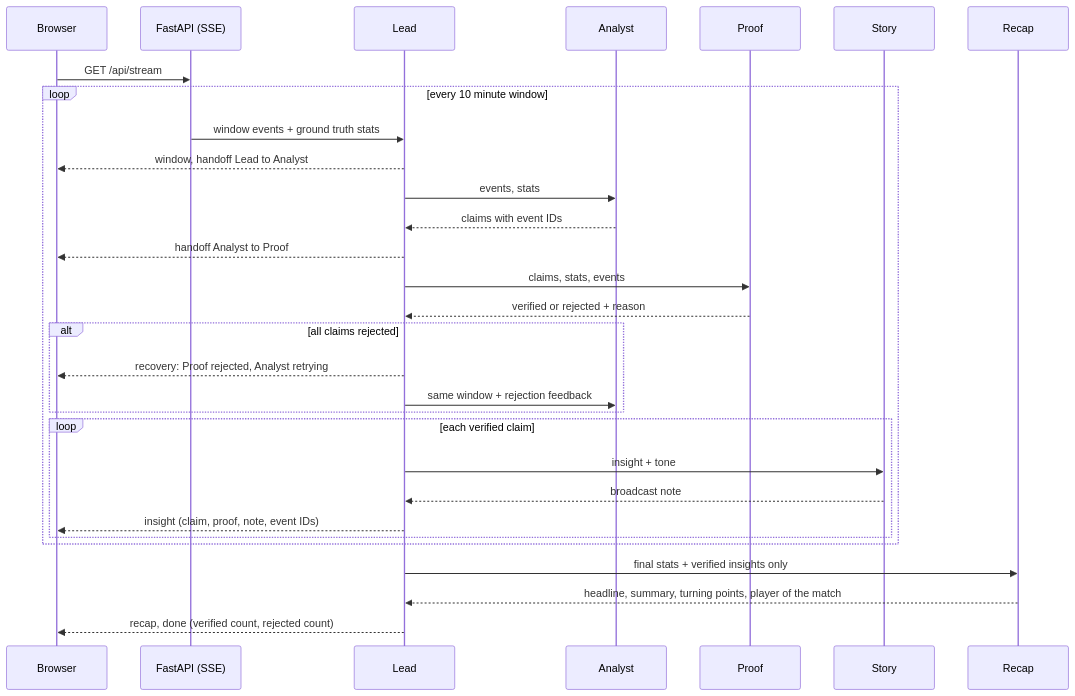
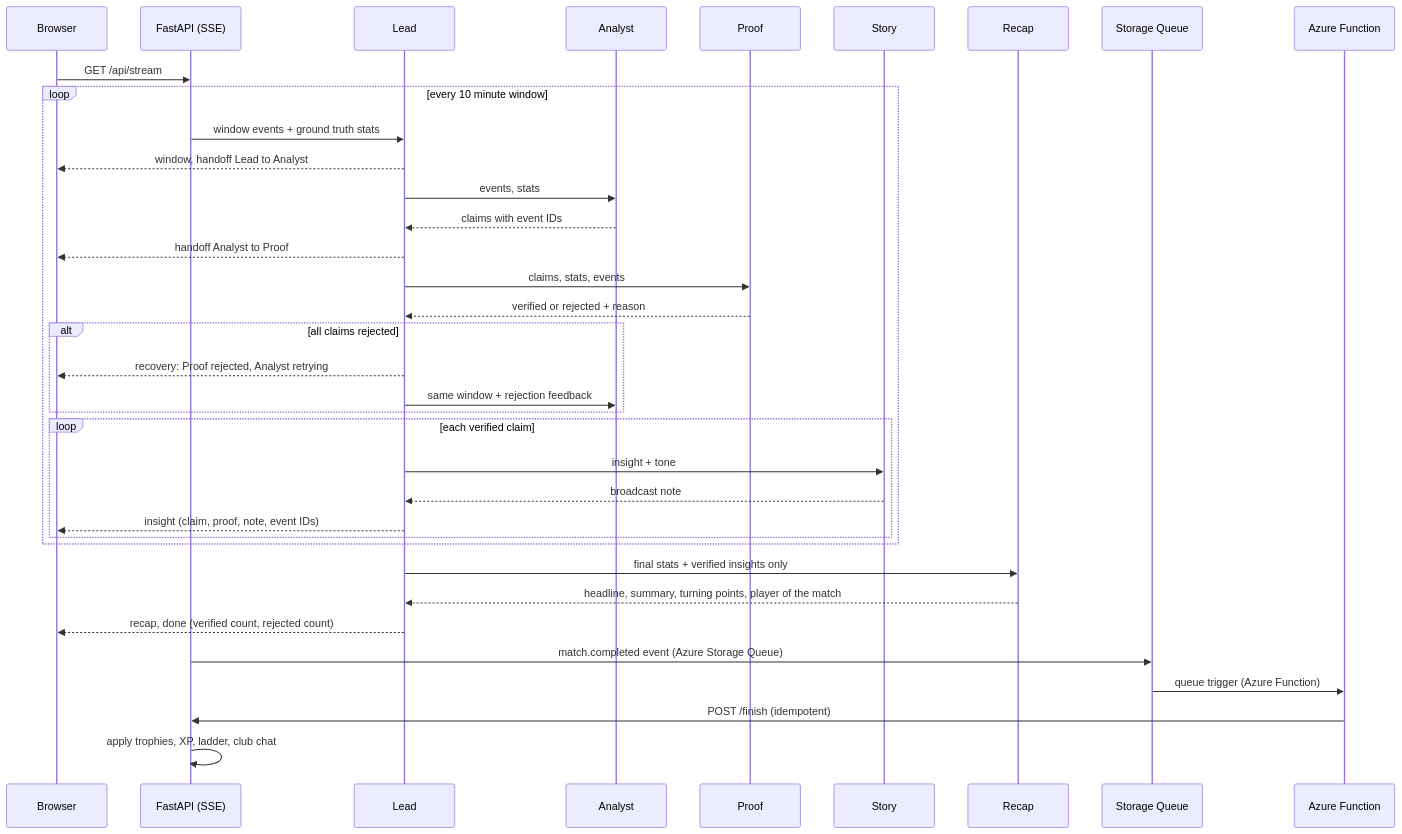
One commit to Prasannaverse13/Pitchmind changed the second of 2 diagrams in README.md. Above: the diagram before and after it, drawn with Mermaid. The commit also changed other lines of this file and 15 other files, not shown here.

Commit message:
Add Application Insights, event driven settlement and Azure Function

````diff
--- a/README.md
+++ b/README.md
@@ -105,33 +118,39 @@
 ```mermaid
 sequenceDiagram
     participant UI as Browser
     participant API as FastAPI (SSE)
     participant L as Lead
     participant A as Analyst
     participant P as Proof
     participant S as Story
     participant R as Recap
+    participant Q as Storage Queue
+    participant F as Azure Function
 
     UI->>API: GET /api/stream
     loop every 10 minute window
         API->>L: window events + ground truth stats
         L-->>UI: window, handoff Lead to Analyst
         L->>A: events, stats
         A-->>L: claims with event IDs
         L-->>UI: handoff Analyst to Proof
         L->>P: claims, stats, events
         P-->>L: verified or rejected + reason
         alt all claims rejected
             L-->>UI: recovery: Proof rejected, Analyst retrying
             L->>A: same window + rejection feedback
         end
         loop each verified claim
             L->>S: insight + tone
             S-->>L: broadcast note
             L-->>UI: insight (claim, proof, note, event IDs)
         end
     end
     L->>R: final stats + verified insights only
     R-->>L: headline, summary, turning points, player of the match
     L-->>UI: recap, done (verified count, rejected count)
+    API->>Q: match.completed event (Azure Storage Queue)
+    Q->>F: queue trigger (Azure Function)
+    F->>API: POST /finish (idempotent)
+    API->>API: apply trophies, XP, ladder, club chat
 ```
````
